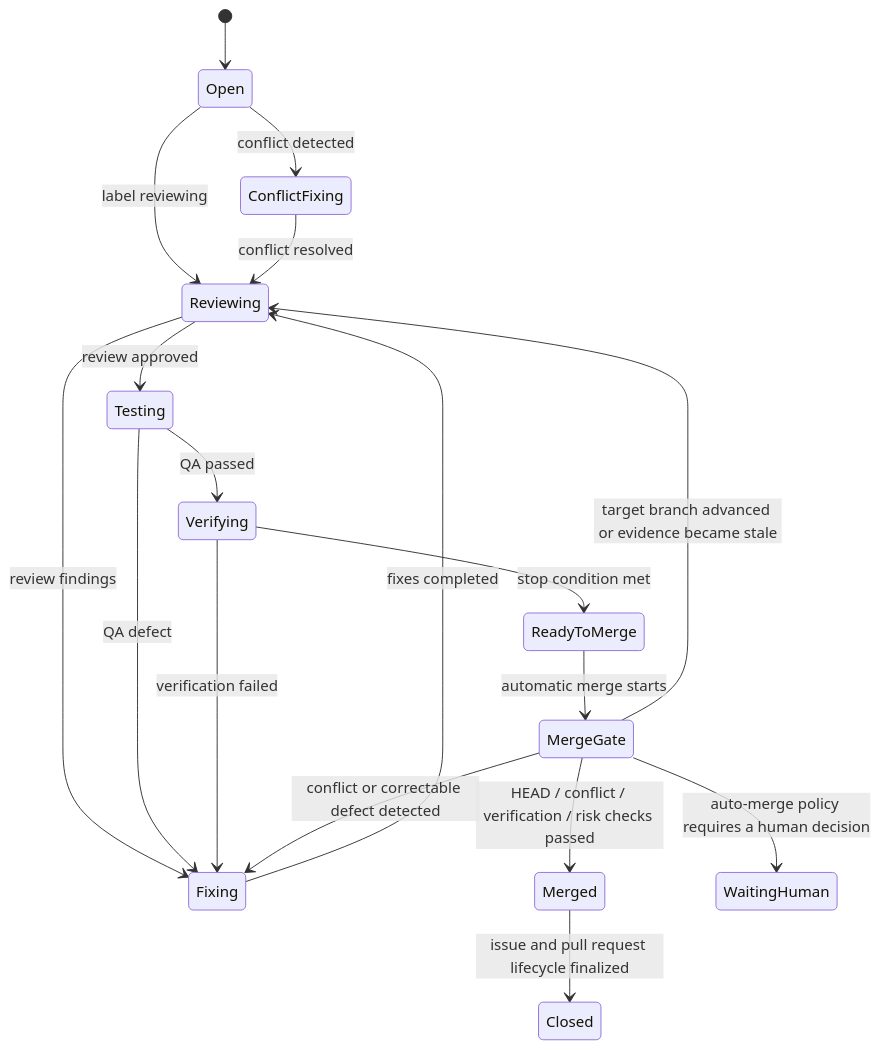
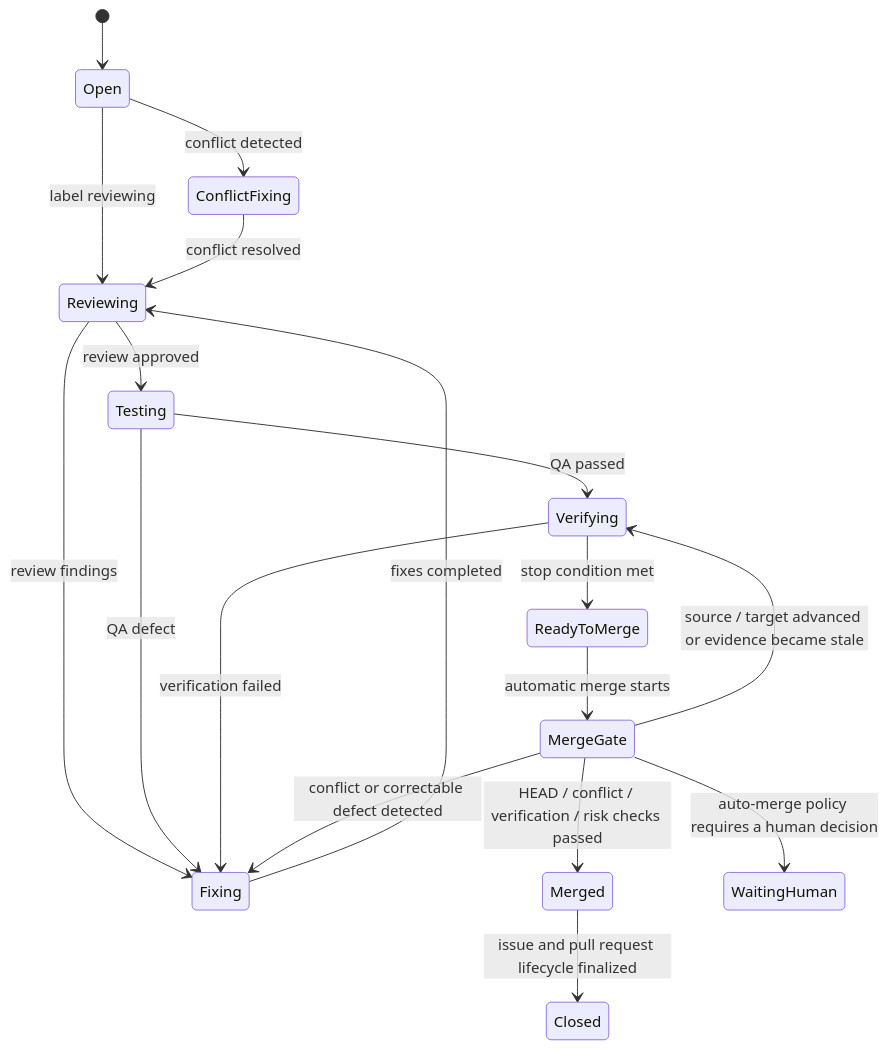
Before and after one commit to pluswing/oneteam: the third of 4 diagrams in docs/04-agent-job-state-machine.md, drawn with Mermaid. The commit also changed 2 other files, not shown here.

Commit message:
Document merge drift recovery

````diff
--- a/docs/04-agent-job-state-machine.md
+++ b/docs/04-agent-job-state-machine.md
@@ -93,20 +93,20 @@
 ```mermaid
 stateDiagram-v2
   [*] --> Open
   Open --> Reviewing: label reviewing
   Reviewing --> Fixing: review findings
   Fixing --> Reviewing: fixes completed
   Reviewing --> Testing: review approved
   Testing --> Fixing: QA defect
   Testing --> Verifying: QA passed
   Verifying --> ReadyToMerge: stop condition met
   Verifying --> Fixing: verification failed
   ReadyToMerge --> MergeGate: automatic merge starts
   MergeGate --> Merged: HEAD / conflict / verification / risk checks passed
-  MergeGate --> Reviewing: target branch advanced or evidence became stale
+  MergeGate --> Verifying: source / target advanced or evidence became stale
   MergeGate --> Fixing: conflict or correctable defect detected
   MergeGate --> WaitingHuman: auto-merge policy requires a human decision
   Open --> ConflictFixing: conflict detected
   ConflictFixing --> Reviewing: conflict resolved
   Merged --> Closed: issue and pull request lifecycle finalized
 ```
````
